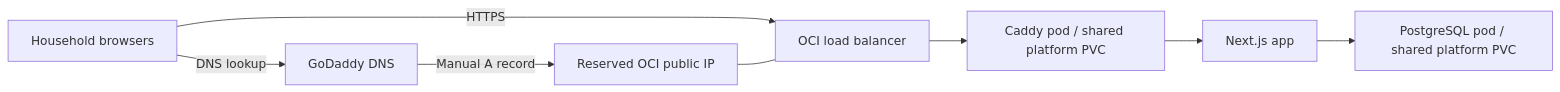
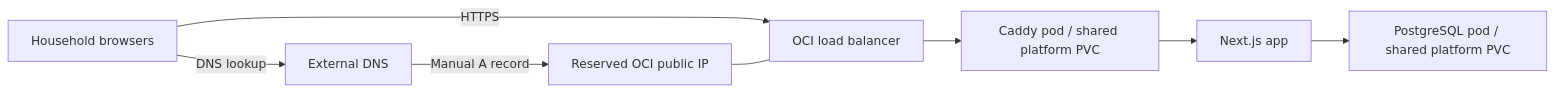
One commit to eshneken/family-grocery-list changed the diagram in README.md. Above: the diagram before and after it, drawn with Mermaid. The commit also changed other lines of this file and 43 other files, not shown here.

````diff
--- a/README.md
+++ b/README.md
@@ -61,10 +61,10 @@
 ```mermaid
 flowchart LR
-    Browser[Household browsers] -->|DNS lookup| DNS[GoDaddy DNS]
+    Browser[Household browsers] -->|DNS lookup| DNS[External DNS]
     DNS -->|Manual A record| IP[Reserved OCI public IP]
     Browser -->|HTTPS| LB[OCI load balancer]
     IP --- LB
     LB --> Caddy[Caddy pod / shared platform PVC]
     Caddy --> App[Next.js app]
     App --> DB[PostgreSQL pod / shared platform PVC]
 ```
````
